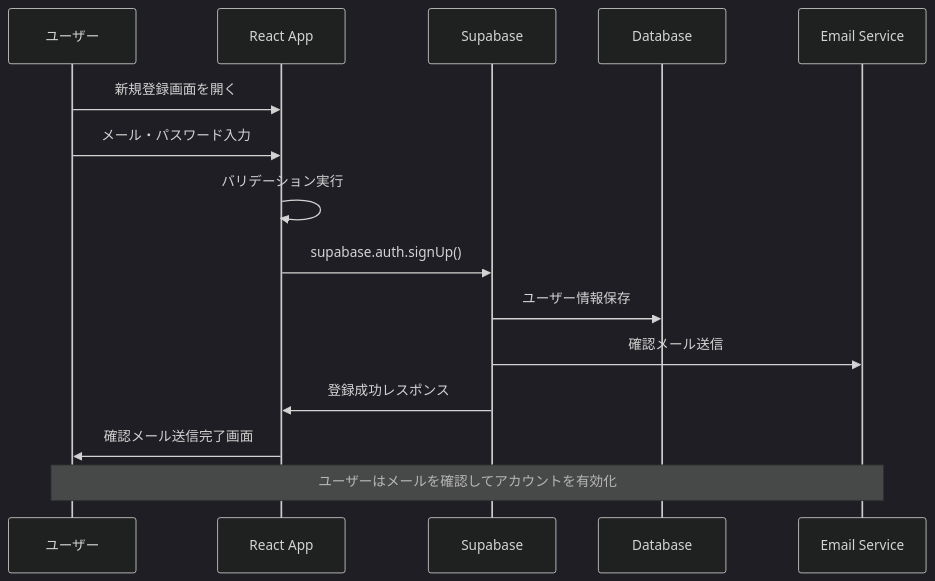
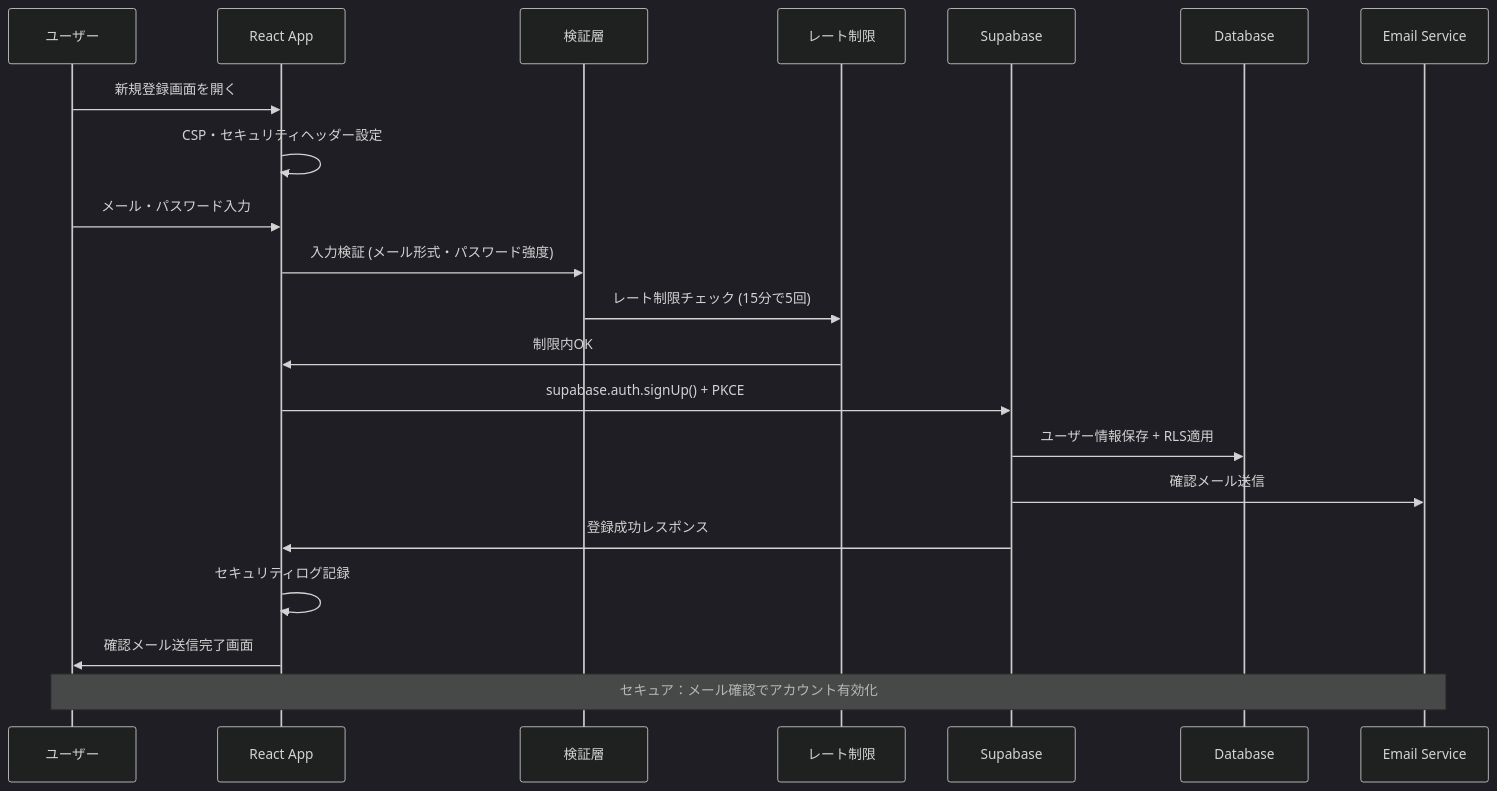
One commit to stopod/bucket-list-app changed the first of 5 diagrams in docs/authentication-guide.md. Above: the diagram before and after it, drawn with Mermaid (dark theme). The commit also changed other lines of this file and 6 other files, not shown here.

````diff
--- a/docs/authentication-guide.md
+++ b/docs/authentication-guide.md
@@ -56,19 +104,25 @@
 ```mermaid
 sequenceDiagram
     participant U as ユーザー
     participant R as React App
+    participant V as 検証層
+    participant RL as レート制限
     participant S as Supabase
     participant DB as Database
     participant E as Email Service
 
     U->>R: 新規登録画面を開く
+    R->>R: CSP・セキュリティヘッダー設定
     U->>R: メール・パスワード入力
-    R->>R: バリデーション実行
-    R->>S: supabase.auth.signUp()
-    S->>DB: ユーザー情報保存
+    R->>V: 入力検証 (メール形式・パスワード強度)
+    V->>RL: レート制限チェック (15分で5回)
+    RL->>R: 制限内OK
+    R->>S: supabase.auth.signUp() + PKCE
+    S->>DB: ユーザー情報保存 + RLS適用
     S->>E: 確認メール送信
     S->>R: 登録成功レスポンス
+    R->>R: セキュリティログ記録
     R->>U: 確認メール送信完了画面
     
-    Note over U,E: ユーザーはメールを確認してアカウントを有効化
+    Note over U,E: セキュア：メール確認でアカウント有効化
 ```
````
